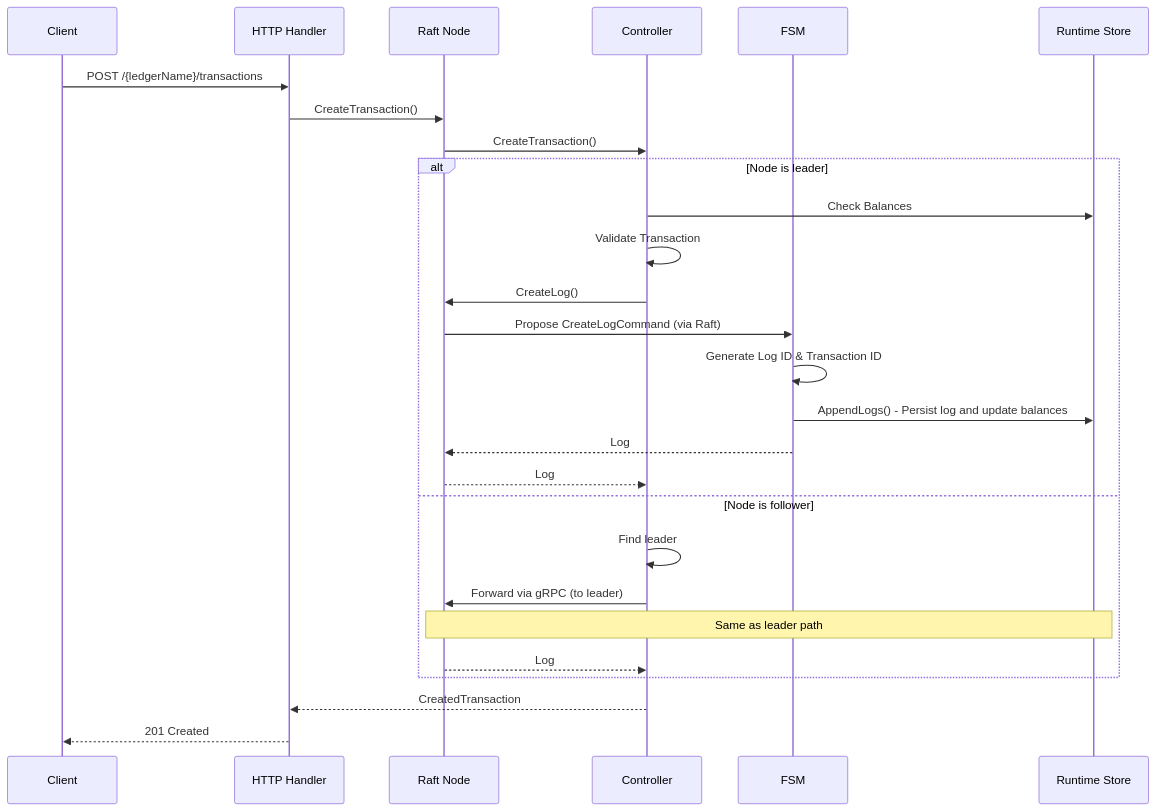
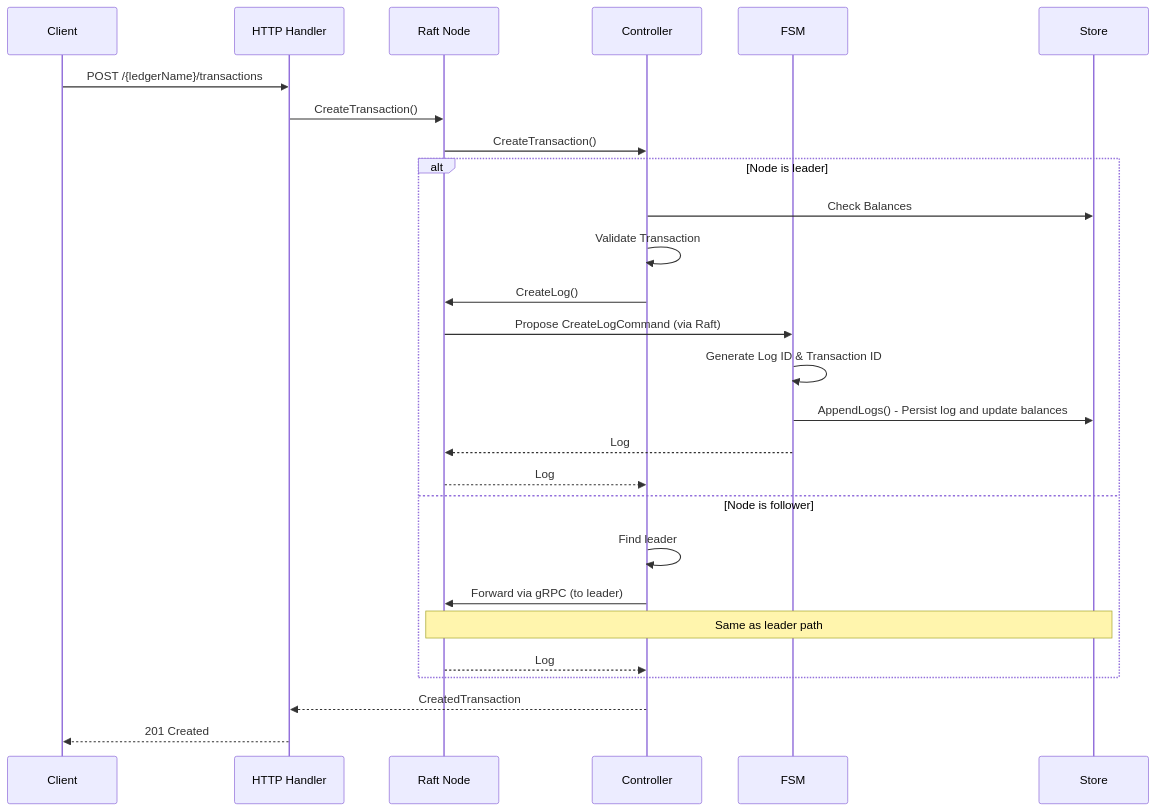
Before and after one commit to formancehq/ledger: the fifth of 6 diagrams in docs/architecture.md, drawn with Mermaid. The commit also changed other lines of this file and 31 other files, not shown here.

````diff
--- a/docs/architecture.md
+++ b/docs/architecture.md
@@ -203,32 +203,32 @@
 ```mermaid
 sequenceDiagram
     participant Client
     participant HTTP as HTTP Handler
     participant RaftNode as Raft Node
     participant Controller as Controller
     participant FSM as FSM
-    participant RuntimeStore as Runtime Store
+    participant Store as Store
     
     Client->>HTTP: POST /{ledgerName}/transactions
     HTTP->>RaftNode: CreateTransaction()
     RaftNode->>Controller: CreateTransaction()
     
     alt Node is leader
-        Controller->>RuntimeStore: Check Balances
+        Controller->>Store: Check Balances
         Controller->>Controller: Validate Transaction
         Controller->>RaftNode: CreateLog()
         RaftNode->>FSM: Propose CreateLogCommand (via Raft)
         FSM->>FSM: Generate Log ID & Transaction ID
-        FSM->>RuntimeStore: AppendLogs() - Persist log and update balances
+        FSM->>Store: AppendLogs() - Persist log and update balances
         FSM-->>RaftNode: Log
         RaftNode-->>Controller: Log
     else Node is follower
         Controller->>Controller: Find leader
         Controller->>RaftNode: Forward via gRPC (to leader)
-        Note over RaftNode,RuntimeStore: Same as leader path
+        Note over RaftNode,Store: Same as leader path
         RaftNode-->>Controller: Log
     end
     
     Controller-->>HTTP: CreatedTransaction
     HTTP-->>Client: 201 Created
 ```
````
